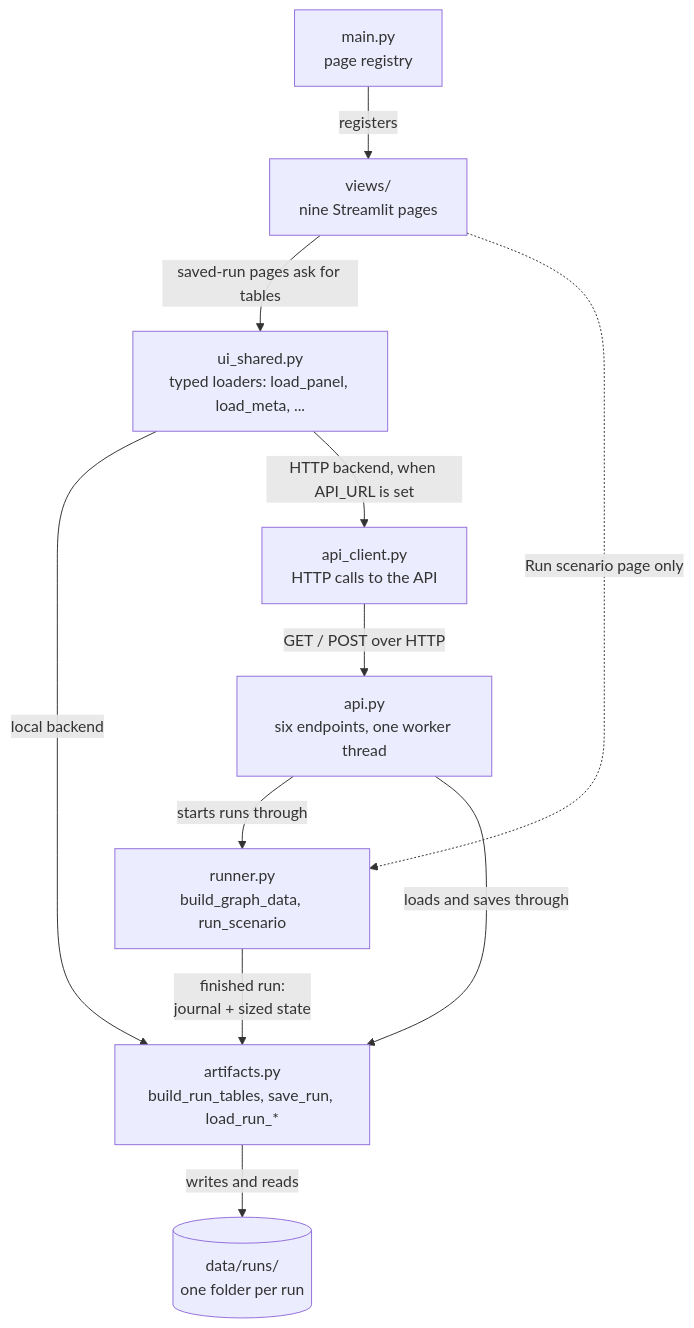
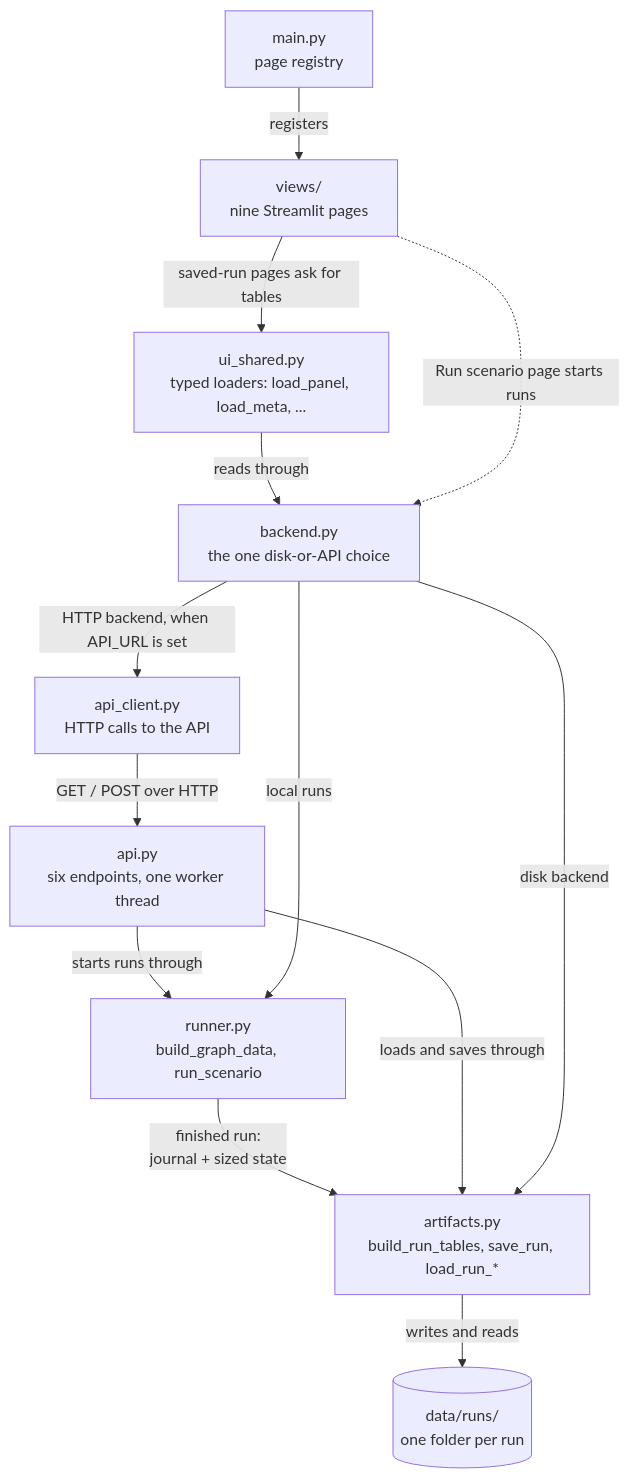
Before and after one commit to vlzm/GFDRR: the fourth of 4 diagrams in docs/explanation/architecture.md, drawn with Mermaid. The commit also changed other lines of this file and 9 other files, not shown here.

Commit message:
feat: implement backend selection for local and API runs, refactor related components

````diff
--- a/docs/explanation/architecture.md
+++ b/docs/explanation/architecture.md
@@ -160,22 +160,25 @@
 ```mermaid
 flowchart TB
     runner["runner.py<br/>build_graph_data, run_scenario"]
     artifacts["artifacts.py<br/>build_run_tables, save_run, load_run_*"]
     runs[("data/runs/<br/>one folder per run")]
     api["api.py<br/>six endpoints, one worker thread"]
     client["api_client.py<br/>HTTP calls to the API"]
+    backend["backend.py<br/>the one disk-or-API choice"]
     shared["ui_shared.py<br/>typed loaders: load_panel, load_meta, ..."]
     main["main.py<br/>page registry"]
     views["views/<br/>nine Streamlit pages"]
 
     runner -->|"finished run:<br/>journal + sized state"| artifacts
     artifacts -->|"writes and reads"| runs
     api -->|"starts runs through"| runner
     api -->|"loads and saves through"| artifacts
     client -->|"GET / POST over HTTP"| api
-    shared -->|"local backend"| artifacts
-    shared -->|"HTTP backend, when API_URL is set"| client
+    shared -->|"reads through"| backend
+    backend -->|"disk backend"| artifacts
+    backend -->|"HTTP backend, when API_URL is set"| client
+    backend -->|"local runs"| runner
     main -->|"registers"| views
     views -->|"saved-run pages ask for tables"| shared
-    views -.->|"Run scenario page only"| runner
+    views -.->|"Run scenario page starts runs"| backend
 ```
````
